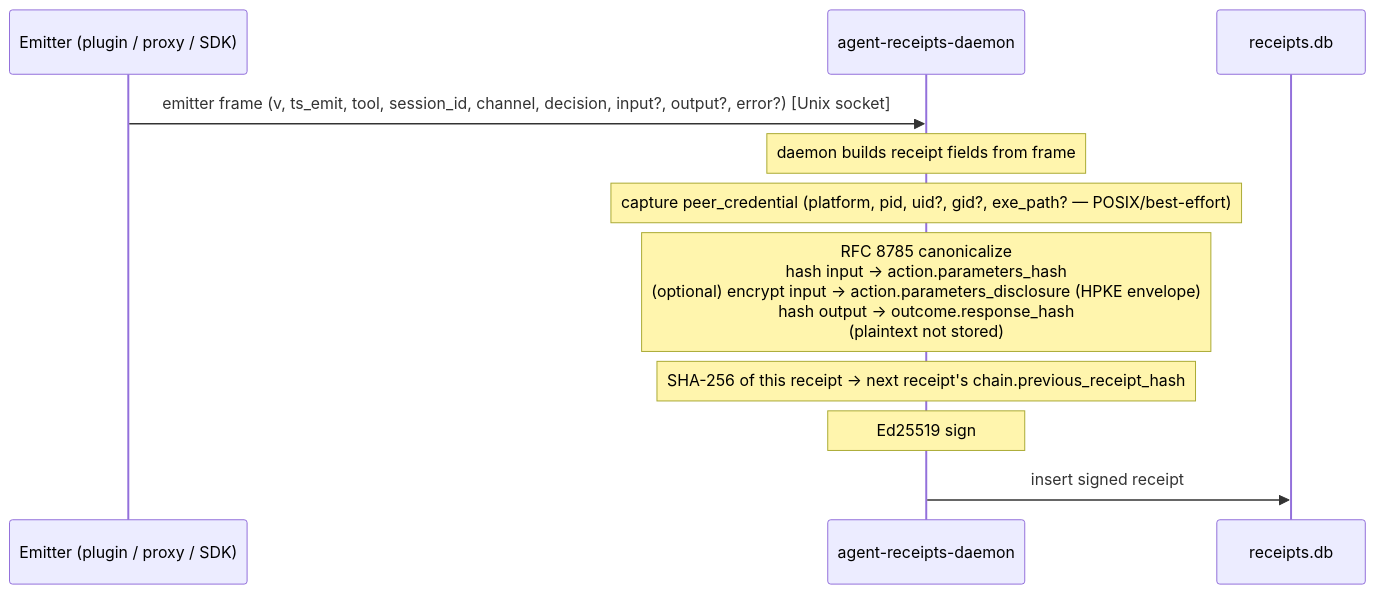
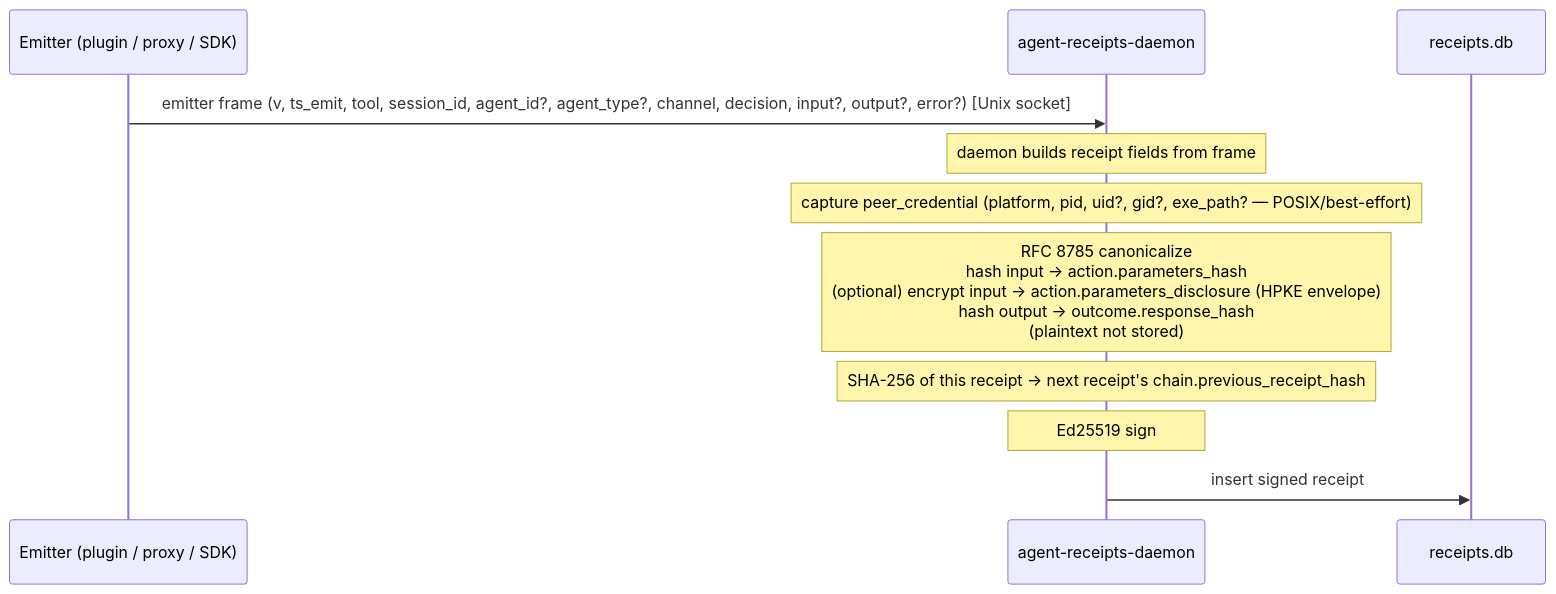
The diagram in site/src/content/docs/specification/how-it-works.mdx (agent-receipts/ar), drawn with Mermaid before and after one commit. The commit also changed 5 other files, not shown here.

````diff
--- a/site/src/content/docs/specification/how-it-works.mdx
+++ b/site/src/content/docs/specification/how-it-works.mdx
@@ -95,14 +95,14 @@
 ```mermaid
 sequenceDiagram
   participant E as Emitter (plugin / proxy / SDK)
   participant D as agent-receipts-daemon
   participant DB as receipts.db
 
-  E->>D: emitter frame (v, ts_emit, tool, session_id, channel, decision, input?, output?, error?) [Unix socket]
+  E->>D: emitter frame (v, ts_emit, tool, session_id, agent_id?, agent_type?, channel, decision, input?, output?, error?) [Unix socket]
   Note over D: daemon builds receipt fields from frame
   Note over D: capture peer_credential (platform, pid, uid?, gid?, exe_path? — POSIX/best-effort)
   Note over D: RFC 8785 canonicalize<br/>hash input → action.parameters_hash<br/>(optional) encrypt input → action.parameters_disclosure (HPKE envelope)<br/>hash output → outcome.response_hash<br/>(plaintext not stored)
   Note over D: SHA-256 of this receipt → next receipt's chain.previous_receipt_hash
   Note over D: Ed25519 sign
   D->>DB: insert signed receipt
 ```
````
